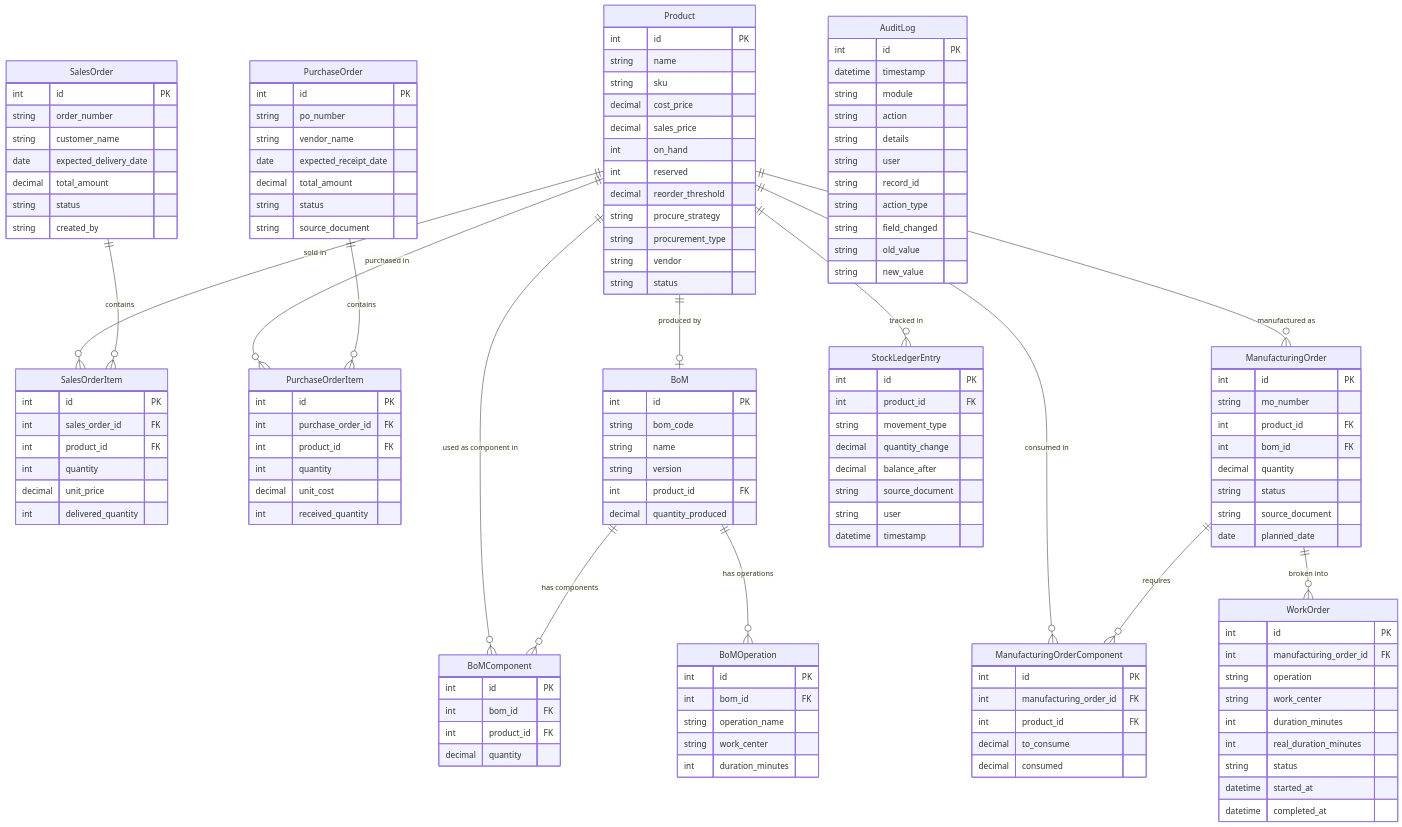
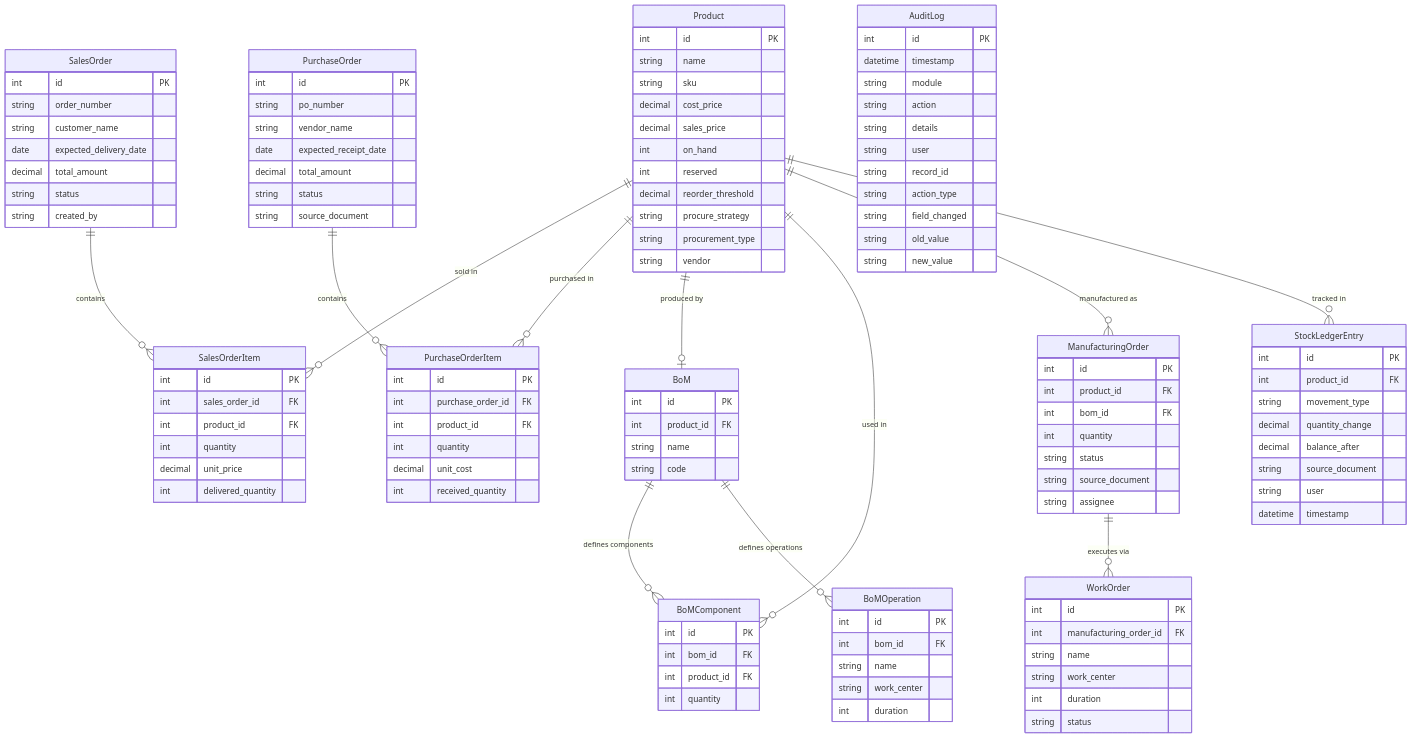
Before and after one commit to Adgu0205/miniERP-: the sixth of 6 diagrams in README.md, drawn with Mermaid. The commit also changed other lines of this file and 22 other files, not shown here.

````diff
--- a/README.md
+++ b/README.md
@@ -560,7 +391,6 @@
         string procure_strategy
         string procurement_type
         string vendor
-        string status
     }
 
     SalesOrder {
@@ -603,57 +433,43 @@
 
     BoM {
         int id PK
-        string bom_code
+        int product_id FK
         string name
-        string version
-        int product_id FK
-        decimal quantity_produced
+        string code
     }
 
     BoMComponent {
         int id PK
         int bom_id FK
         int product_id FK
-        decimal quantity
+        int quantity
     }
 
     BoMOperation {
         int id PK
         int bom_id FK
-        string operation_name
+        string name
         string work_center
-        int duration_minutes
+        int duration
     }
 
     ManufacturingOrder {
         int id PK
-        string mo_number
         int product_id FK
         int bom_id FK
-        decimal quantity
+        int quantity
         string status
         string source_document
-        date planned_date
-    }
-
-    ManufacturingOrderComponent {
-        int id PK
-        int manufacturing_order_id FK
-        int product_id FK
-        decimal to_consume
-        decimal consumed
+        string assignee
     }
 
     WorkOrder {
         int id PK
         int manufacturing_order_id FK
-        string operation
+        string name
         string work_center
-        int duration_minutes
-        int real_duration_minutes
+        int duration
         string status
-        datetime started_at
-        datetime completed_at
     }
 
     StockLedgerEntry {
@@ -684,15 +500,12 @@
     Product ||--o{ SalesOrderItem : "sold in"
     Product ||--o{ PurchaseOrderItem : "purchased in"
     Product ||--o| BoM : "produced by"
-    Product ||--o{ BoMComponent : "used as component in"
+    Product ||--o{ BoMComponent : "used in"
     Product ||--o{ ManufacturingOrder : "manufactured as"
-    Product ||--o{ ManufacturingOrderComponent : "consumed in"
     Product ||--o{ StockLedgerEntry : "tracked in"
-
     SalesOrder ||--o{ SalesOrderItem : "contains"
     PurchaseOrder ||--o{ PurchaseOrderItem : "contains"
-    BoM ||--o{ BoMComponent : "has components"
-    BoM ||--o{ BoMOperation : "has operations"
-    ManufacturingOrder ||--o{ ManufacturingOrderComponent : "requires"
-    ManufacturingOrder ||--o{ WorkOrder : "broken into"
+    BoM ||--o{ BoMComponent : "defines components"
+    BoM ||--o{ BoMOperation : "defines operations"
+    ManufacturingOrder ||--o{ WorkOrder : "executes via"
 ```
````
